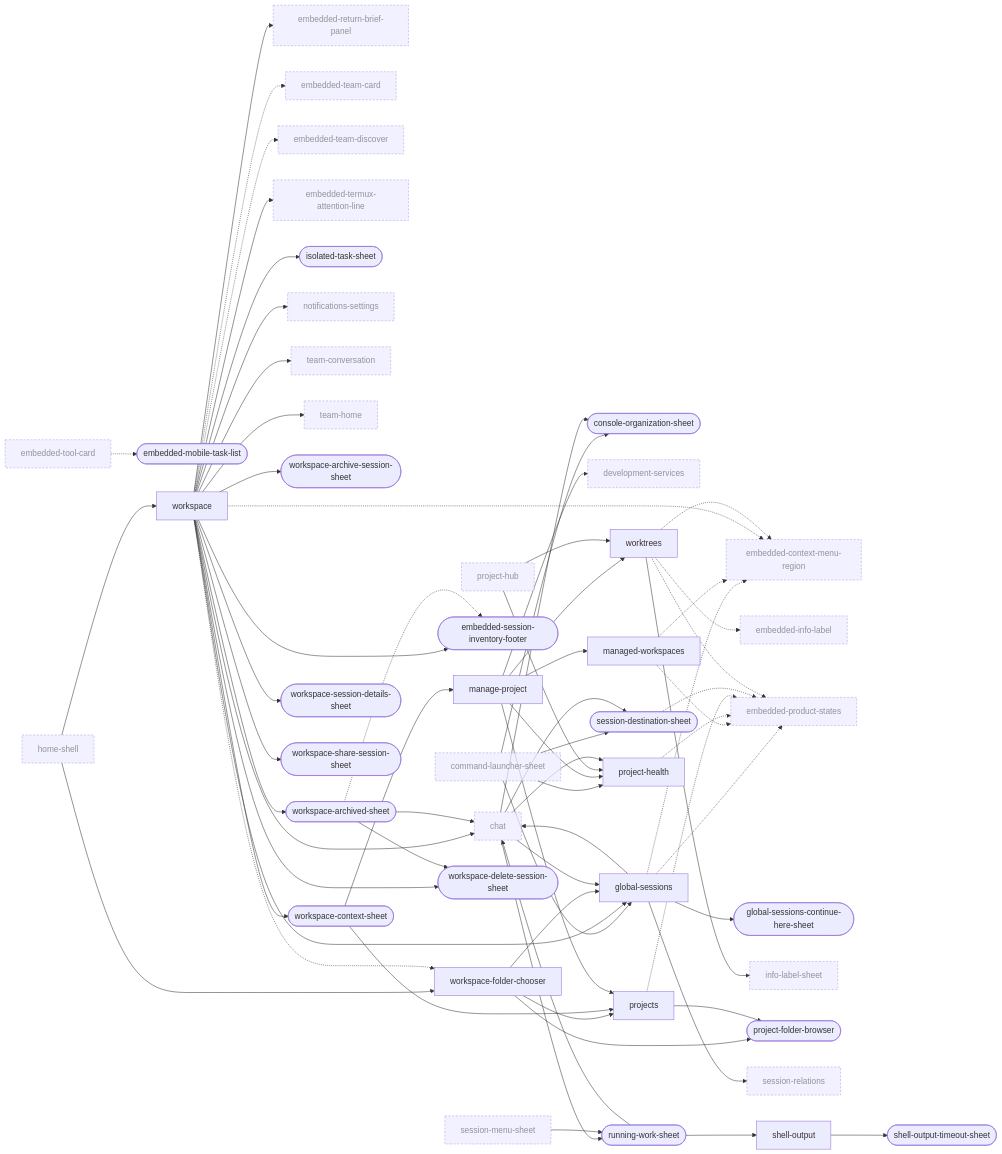
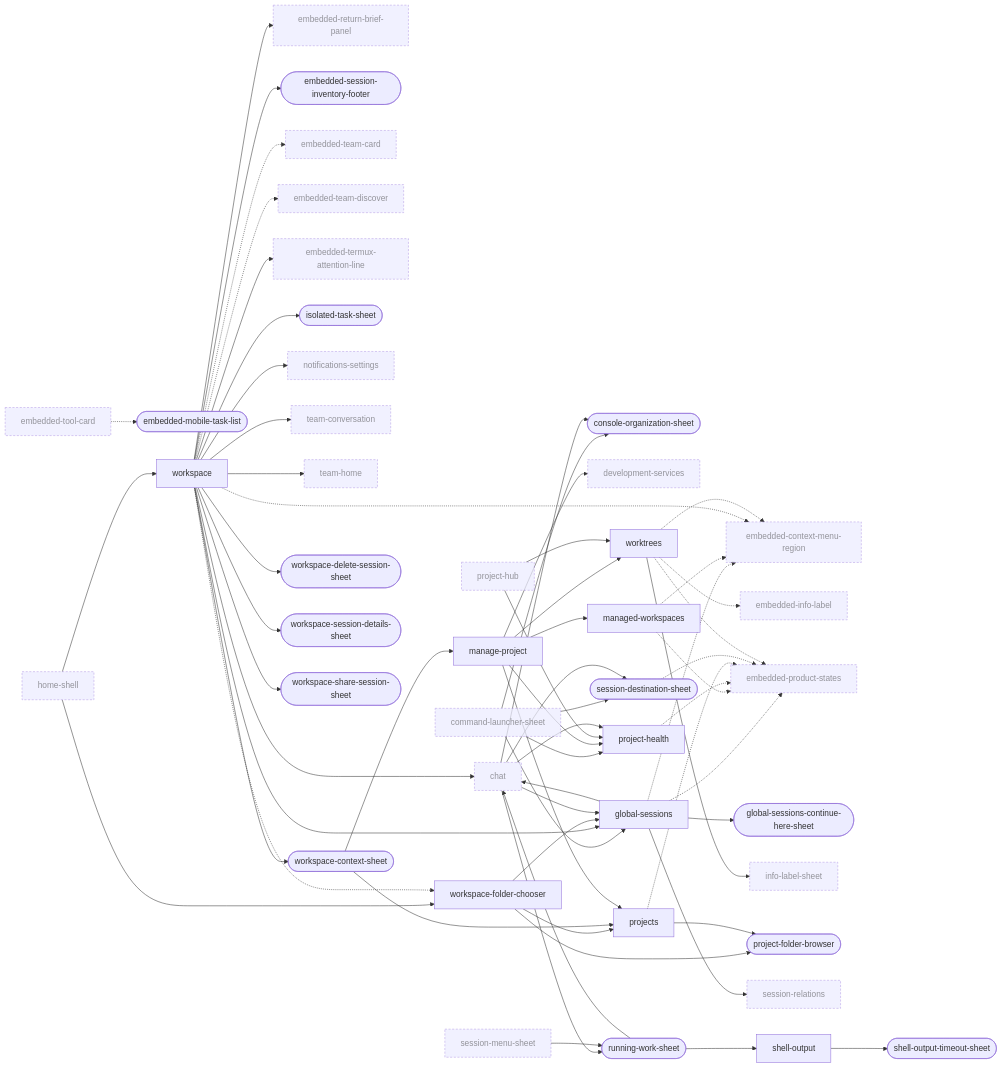
The third of 10 diagrams in docs/design/ui-ledger/navigation.md (Breskott/opencode-mobile-next), drawn with Mermaid before and after one commit. The commit also changed other lines of this file and 2 other files, not shown here.

First line of the commit message:
docs(ledger): rebuild after chat-1 merge [skip ci]

```diff
--- a/docs/design/ui-ledger/navigation.md
+++ b/docs/design/ui-ledger/navigation.md
@@ -515,8 +513,6 @@
   team_conversation["team-conversation"]:::ext
   team_home["team-home"]:::ext
   workspace["workspace"]
-  workspace_archive_session_sheet(["workspace-archive-session-sheet"])
-  workspace_archived_sheet(["workspace-archived-sheet"])
   workspace_context_sheet(["workspace-context-sheet"])
   workspace_delete_session_sheet(["workspace-delete-session-sheet"])
   workspace_folder_chooser["workspace-folder-chooser"]
@@ -538,10 +534,8 @@
   workspace --> chat
   workspace --> workspace_session_details_sheet
   workspace --> workspace_share_session_sheet
-  workspace --> workspace_archive_session_sheet
   workspace --> workspace_delete_session_sheet
   workspace --> notifications_settings
-  workspace --> workspace_archived_sheet
   workspace --> isolated_task_sheet
   workspace --> embedded_session_inventory_footer
   workspace --> team_conversation
@@ -549,8 +543,6 @@
   workspace_folder_chooser --> global_sessions
   workspace_context_sheet --> projects
   workspace_context_sheet --> manage_project
-  workspace_archived_sheet --> chat
-  workspace_archived_sheet --> workspace_delete_session_sheet
   manage_project --> development_services
   manage_project --> projects
   manage_project --> worktrees
@@ -583,7 +575,6 @@
   chat --> global_sessions
   chat --> session_destination_sheet
   chat --> console_organization_sheet
-  workspace_archived_sheet -.-> embedded_session_inventory_footer
   embedded_tool_card -.-> embedded_mobile_task_list
   workspace -.-> embedded_team_card
   workspace -.-> embedded_team_discover
```
